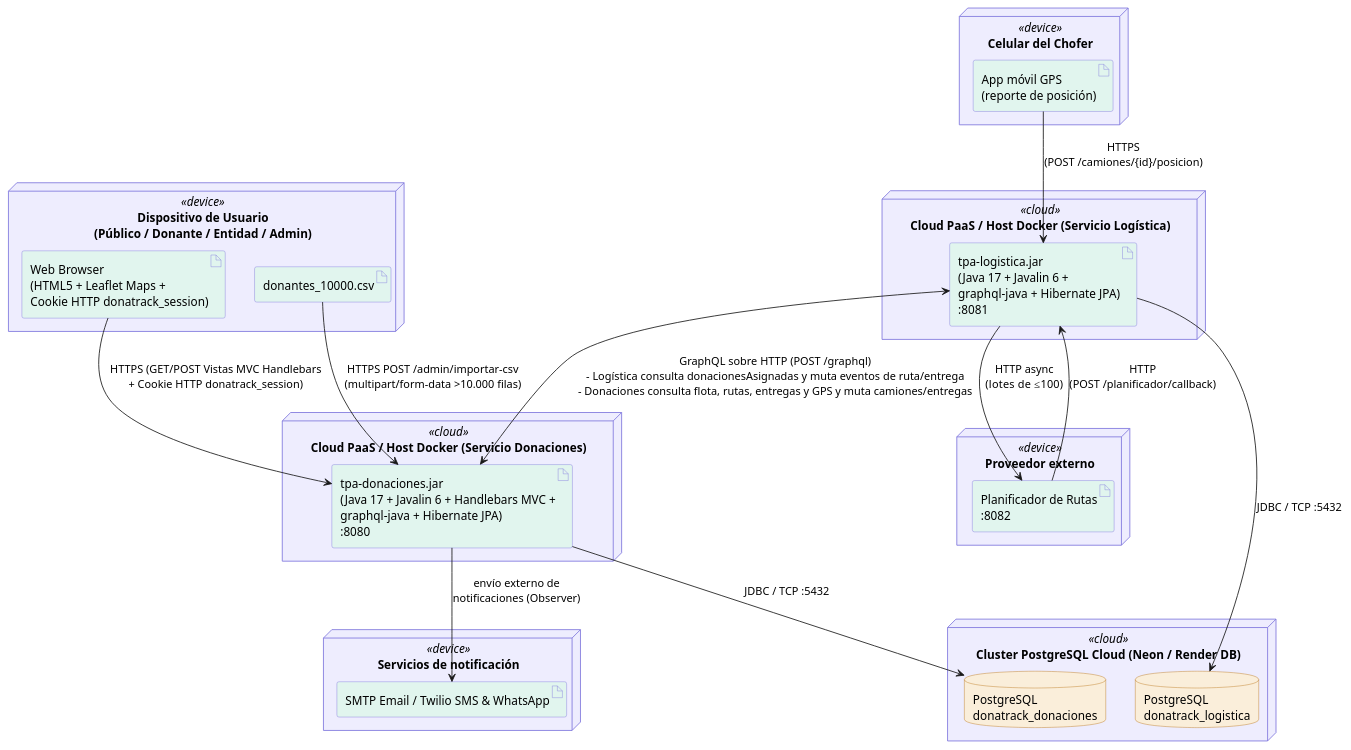
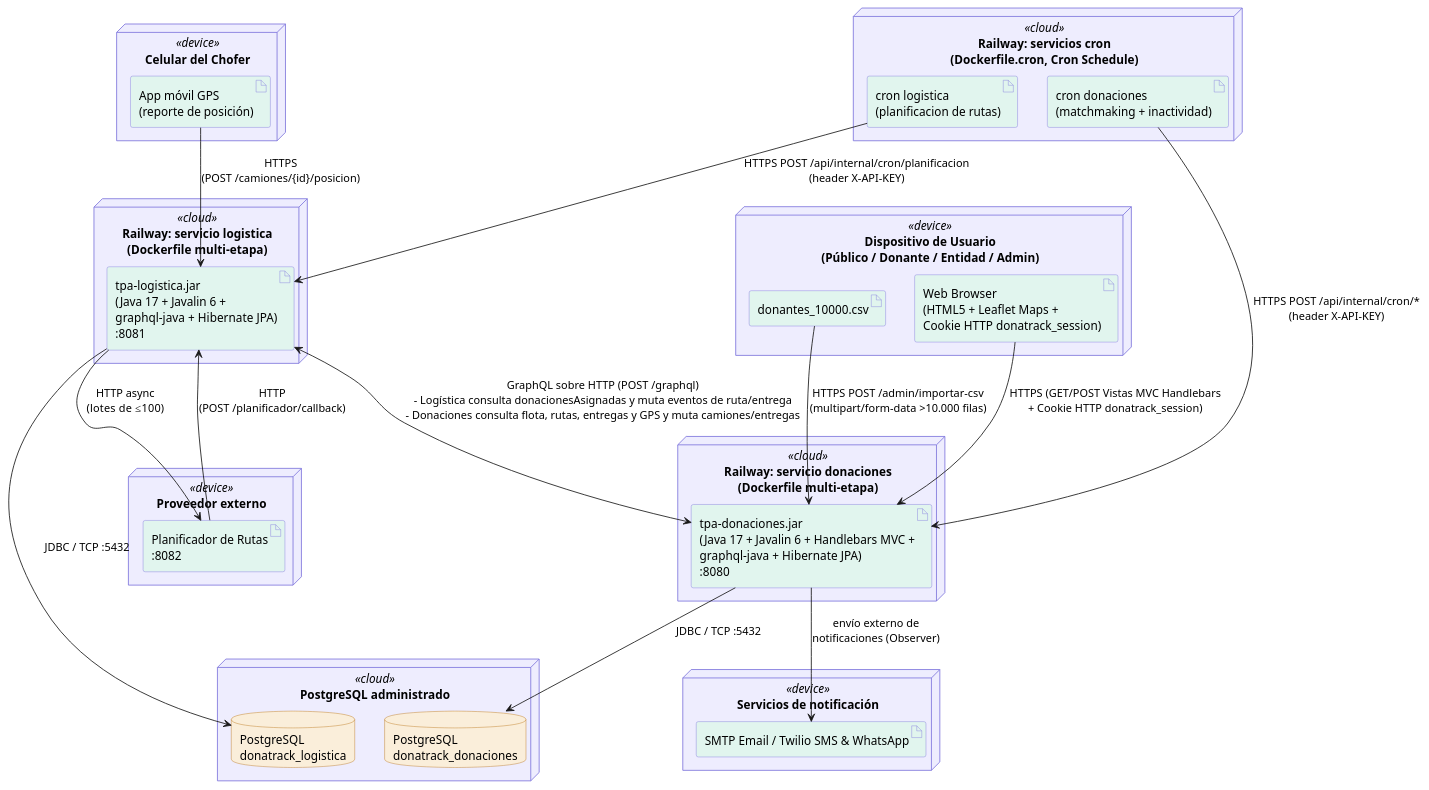
One commit to ConstanzaSerra/tpa-entrega-1 changed the diagram in docs/diagrama-despliegue.puml. Above: the diagram before and after it, drawn with PlantUML. The commit also changed 33 other files, not shown here.

```diff
--- a/docs/diagrama-despliegue.puml
+++ b/docs/diagrama-despliegue.puml
@@ -1,79 +1,88 @@
 @startuml DonaTrack_Despliegue
 
 ' Diagrama de despliegue - TPA4 DonaTrack (Presentación, GraphQL y Despliegue Cloud)
 ' Refleja:
 ' 1. Cliente Liviano MVC con motor de plantillas Handlebars y Cookies HTTP en Donaciones (:8080)
 ' 2. Reemplazo de HTTP/REST por GraphQL (POST /graphql) para la integración entre Donaciones y Logística
 ' 3. Persistencia relacional PostgreSQL independiente por microservicio (Database-per-Service)
-' 4. Despliegue en contenedores Docker / PaaS Cloud (Render / Railway + Neon PostgreSQL)
+' 4. Despliegue en Railway (PaaS): un servicio por microservicio, construido con su Dockerfile,
+'    mas dos servicios cron efimeros que disparan las tareas programadas
 
 skinparam backgroundColor #FFFFFF
 skinparam node {
  BackgroundColor #EEEDFE
  BorderColor #7F77DD
  FontColor #000000
 }
 skinparam artifact {
  BackgroundColor #E1F5EE
  BorderColor #7F77DD
  FontColor #000000
 }
 skinparam database {
  BackgroundColor #FAEEDA
  BorderColor #BA7517
  FontColor #000000
 }
 skinparam note {
  BackgroundColor #FFF9E6
  BorderColor #BA7517
 }
 
 ' --- Actores / dispositivos externos ---
 node "Dispositivo de Usuario\n(Público / Donante / Entidad / Admin)" <<device>> {
  artifact "Web Browser\n(HTML5 + Leaflet Maps +\nCookie HTTP donatrack_session)" as browser
  artifact "donantes_10000.csv" as csv
 }
 
 node "Celular del Chofer" <<device>> {
  artifact "App móvil GPS\n(reporte de posición)" as appMovil
 }
 
-' --- Nube / Entorno Contenerizado (Render / Railway / Docker) ---
-node "Cloud PaaS / Host Docker (Servicio Donaciones)" <<cloud>> {
+' --- Nube: proyecto en Railway (PaaS) ---
+node "Railway: servicio donaciones\n(Dockerfile multi-etapa)" <<cloud>> {
  artifact "tpa-donaciones.jar\n(Java 17 + Javalin 6 + Handlebars MVC +\ngraphql-java + Hibernate JPA)\n:8080" as donaciones
 }
 
-node "Cloud PaaS / Host Docker (Servicio Logística)" <<cloud>> {
+node "Railway: servicio logistica\n(Dockerfile multi-etapa)" <<cloud>> {
  artifact "tpa-logistica.jar\n(Java 17 + Javalin 6 +\ngraphql-java + Hibernate JPA)\n:8081" as logistica
 }
 
-node "Cluster PostgreSQL Cloud (Neon / Render DB)" <<cloud>> {
+node "PostgreSQL administrado" <<cloud>> {
  database "PostgreSQL\ndonatrack_donaciones" as dbDonaciones
  database "PostgreSQL\ndonatrack_logistica" as dbLogistica
+}
+
+node "Railway: servicios cron\n(Dockerfile.cron, Cron Schedule)" <<cloud>> {
+ artifact "cron donaciones\n(matchmaking + inactividad)" as cronDonaciones
+ artifact "cron logistica\n(planificacion de rutas)" as cronLogistica
 }
 
 ' --- Terceros ---
 node "Proveedor externo" <<device>> {
  artifact "Planificador de Rutas\n:8082" as planificador
 }
 
 node "Servicios de notificación" <<device>> {
  artifact "SMTP Email / Twilio SMS & WhatsApp" as canales
 }
 
 ' --- Conexiones ---
 browser  --> donaciones  : HTTPS (GET/POST Vistas MVC Handlebars\n+ Cookie HTTP donatrack_session)
 csv      --> donaciones  : HTTPS POST /admin/importar-csv\n(multipart/form-data >10.000 filas)
 appMovil --> logistica   : HTTPS\n(POST /camiones/{id}/posicion)
 
 logistica <--> donaciones : GraphQL sobre HTTP (POST /graphql)\n- Logística consulta donacionesAsignadas y muta eventos de ruta/entrega\n- Donaciones consulta flota, rutas, entregas y GPS y muta camiones/entregas
 
 logistica --> planificador : HTTP async\n(lotes de ≤100)
 planificador --> logistica : HTTP\n(POST /planificador/callback)
 
 donaciones --> canales : envío externo de\nnotificaciones (Observer)
 
+cronDonaciones --> donaciones : HTTPS POST /api/internal/cron/*\n(header X-API-KEY)
+cronLogistica  --> logistica  : HTTPS POST /api/internal/cron/planificacion\n(header X-API-KEY)
+
 donaciones --> dbDonaciones : JDBC / TCP :5432
 logistica  --> dbLogistica  : JDBC / TCP :5432
 
 @enduml
```
